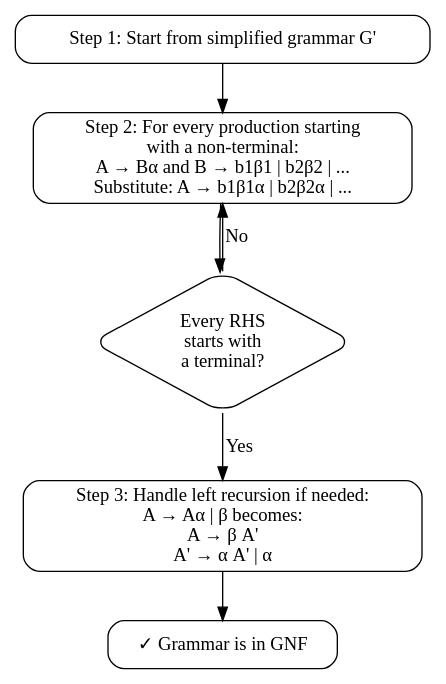
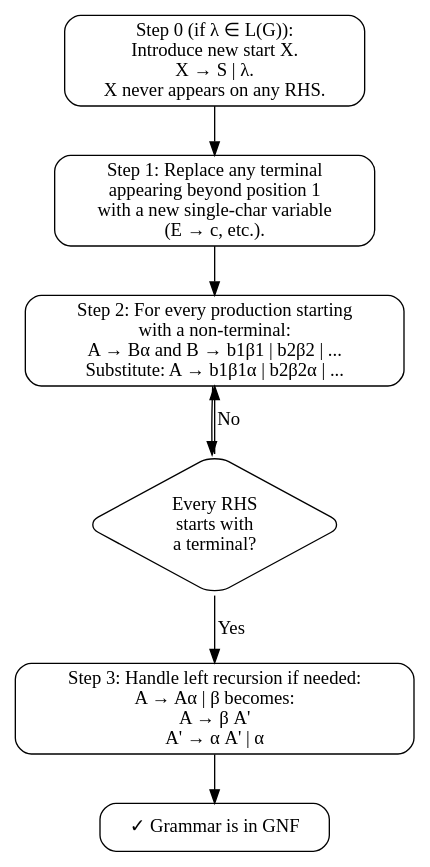
Diagram 35 of 36 in Theoratical/TCS_CHEATSHEET_FINAL.md (w4se05/4lovelyyear), drawn with Graphviz before and after one commit. The commit also changed other lines of this file and 16 other files, not shown here.

````diff
--- a/Theoratical/TCS_CHEATSHEET_FINAL.md
+++ b/Theoratical/TCS_CHEATSHEET_FINAL.md
@@ -1204,16 +1133,18 @@
 ```dot
 digraph G {
     rankdir=TB;
     node [shape=box, style=rounded];
-    A [label="Step 1: Start from simplified grammar G'"];
+    A0 [label="Step 0 (if λ ∈ L(G)):\nIntroduce new start X.\nX → S | λ.\nX never appears on any RHS."];
+    A [label="Step 1: Replace any terminal\nappearing beyond position 1\nwith a new single-char variable\n(E → c, etc.)."];
     B [label="Step 2: For every production starting\nwith a non-terminal:\nA → Bα and B → b1β1 | b2β2 | ...\nSubstitute: A → b1β1α | b2β2α | ..."];
     C [shape=diamond, label="Every RHS\nstarts with\na terminal?"];
     D [label="Step 3: Handle left recursion if needed:\nA → Aα | β becomes:\nA → β A'\nA' → α A' | α"];
     DONE [label="✓ Grammar is in GNF"];
+    A0 -> A;
     A -> B;
     B -> C;
     C -> B [label="No"];
     C -> D [label="Yes"];
     D -> DONE;
 }
 ```
````
